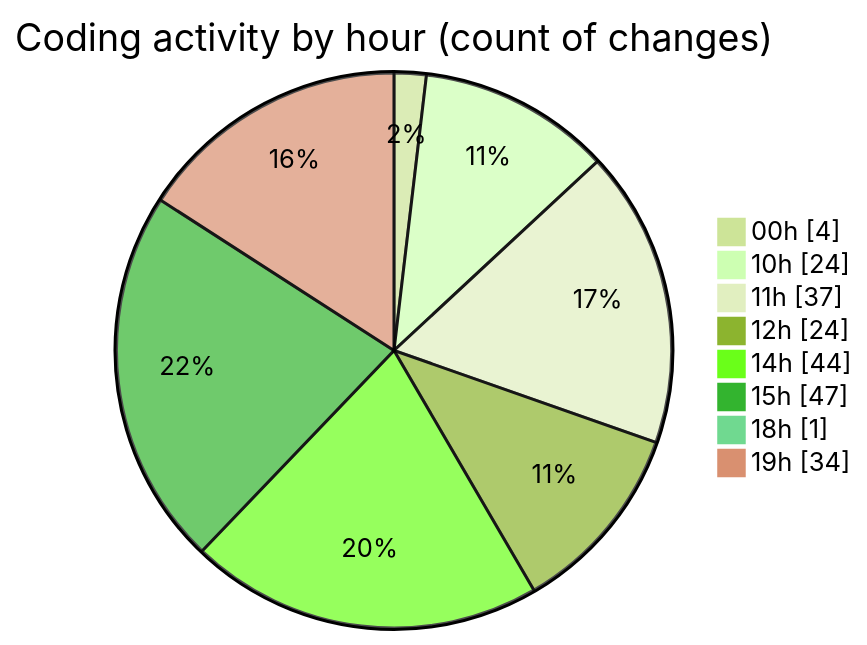
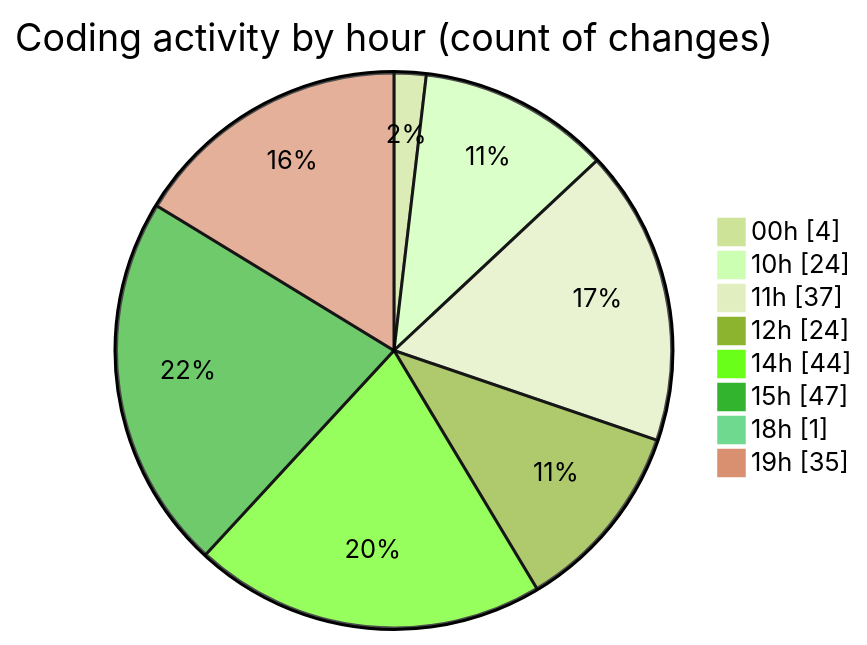
Before and after one commit to Netris89/code-tracking: the second of 2 diagrams in 2025-04-04/back-end/README.md, drawn with Mermaid (forest theme). The commit also changed other lines of this file and 1 other file, not shown here.

````diff
--- a/2025-04-04/back-end/README.md
+++ b/2025-04-04/back-end/README.md
@@ -53,12 +53,12 @@
 ```mermaid
 pie showData
 title Coding activity by hour (count of changes)
 "00h" : 4
 "10h" : 24
 "11h" : 37
 "12h" : 24
 "14h" : 44
 "15h" : 47
 "18h" : 1
-"19h" : 34
+"19h" : 35
 ```
````
